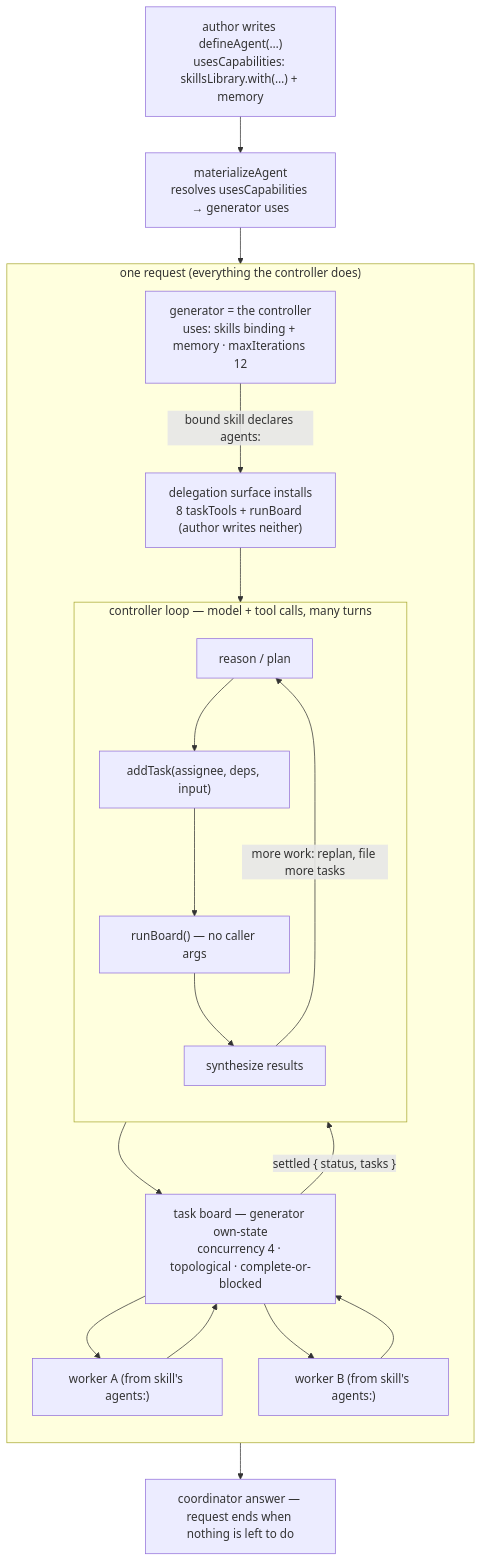
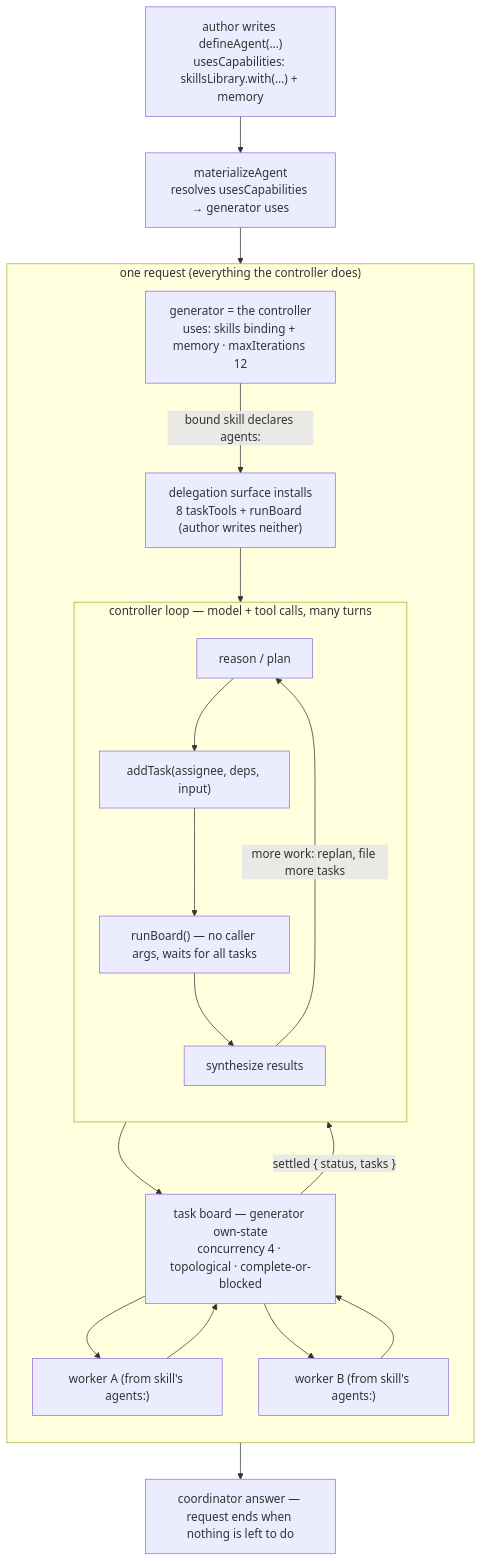
One commit to fixpoint-labs/flow-state-dev changed the diagram in docs/specs/FIX-929.md. Above: the diagram before and after it, drawn with Mermaid. The commit also changed other lines of this file, not shown here.

````diff
--- a/docs/specs/FIX-929.md
+++ b/docs/specs/FIX-929.md
@@ -254,27 +258,27 @@
 ```mermaid
 flowchart TD
   A["author writes defineAgent(…)<br/>usesCapabilities: skillsLibrary.with(…) + memory"]
   A --> M["materializeAgent<br/>resolves usesCapabilities → generator uses"]
   M --> G
 
   subgraph REQ["one request (everything the controller does)"]
     direction TB
     G["generator = the controller<br/>uses: skills binding + memory · maxIterations 12"]
     G -->|"bound skill declares agents:"| SURF["delegation surface installs<br/>8 taskTools + runBoard (author writes neither)"]
     SURF --> LOOP
     subgraph LOOP["controller loop — model + tool calls, many turns"]
       direction TB
       R["reason / plan"] --> ADD["addTask(assignee, deps, input)"]
-      ADD --> RB["runBoard() — no caller args"]
+      ADD --> RB["runBoard() — no caller args, waits for all tasks"]
       RB --> SYN["synthesize results"]
       SYN -->|more work: replan, file more tasks| R
     end
     RB --> BOARD["task board — generator own-state<br/>concurrency 4 · topological · complete-or-blocked"]
     BOARD --> W1["worker A (from skill's agents:)"]
     BOARD --> W2["worker B (from skill's agents:)"]
     W1 --> BOARD
     W2 --> BOARD
     BOARD -->|"settled { status, tasks }"| SYN
   end
   SYN --> OUT["coordinator answer — request ends when nothing is left to do"]
 ```
````
